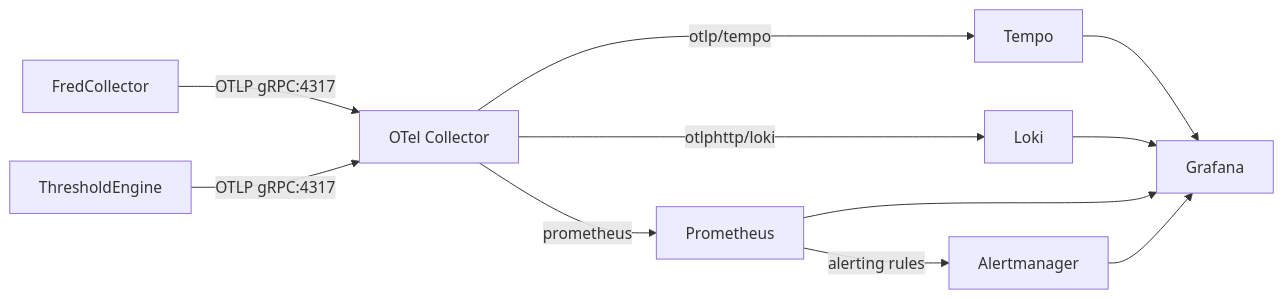
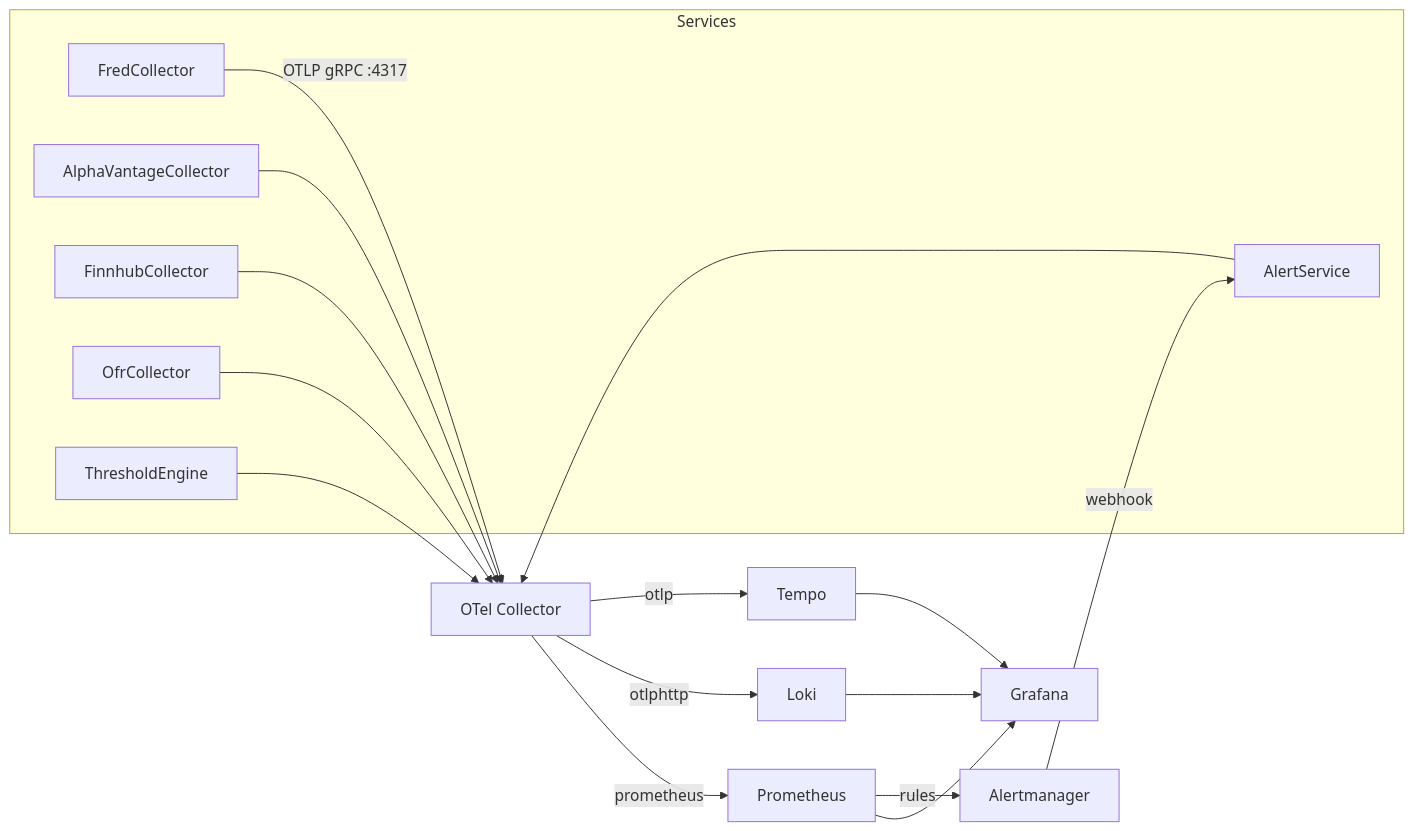
One commit to jpansarasa/ATLAS-Docs changed the diagram in docs/OBSERVABILITY.md. Above: the diagram before and after it, drawn with Mermaid. The commit also changed other lines of this file and 4 other files, not shown here.

````diff
--- a/docs/OBSERVABILITY.md
+++ b/docs/OBSERVABILITY.md
@@ -7,13 +7,28 @@
 ```mermaid
 flowchart LR
-    FC[FredCollector] -->|OTLP gRPC:4317| OC[OTel Collector]
-    TE[ThresholdEngine] -->|OTLP gRPC:4317| OC
-    OC -->|otlp/tempo| T[Tempo]
-    OC -->|otlphttp/loki| L[Loki]
+    subgraph Services
+        FC[FredCollector]
+        AV[AlphaVantageCollector]
+        FH[FinnhubCollector]
+        OFR[OfrCollector]
+        TE[ThresholdEngine]
+        AS[AlertService]
+    end
+
+    FC -->|OTLP gRPC :4317| OC[OTel Collector]
+    AV --> OC
+    FH --> OC
+    OFR --> OC
+    TE --> OC
+    AS --> OC
+
+    OC -->|otlp| T[Tempo]
+    OC -->|otlphttp| L[Loki]
     OC -->|prometheus| P[Prometheus]
-    P -->|alerting rules| AM[Alertmanager]
+    P -->|rules| AM[Alertmanager]
+    AM -->|webhook| AS
+
     T --> G[Grafana]
     L --> G
     P --> G
-    AM --> G
 ```
````
